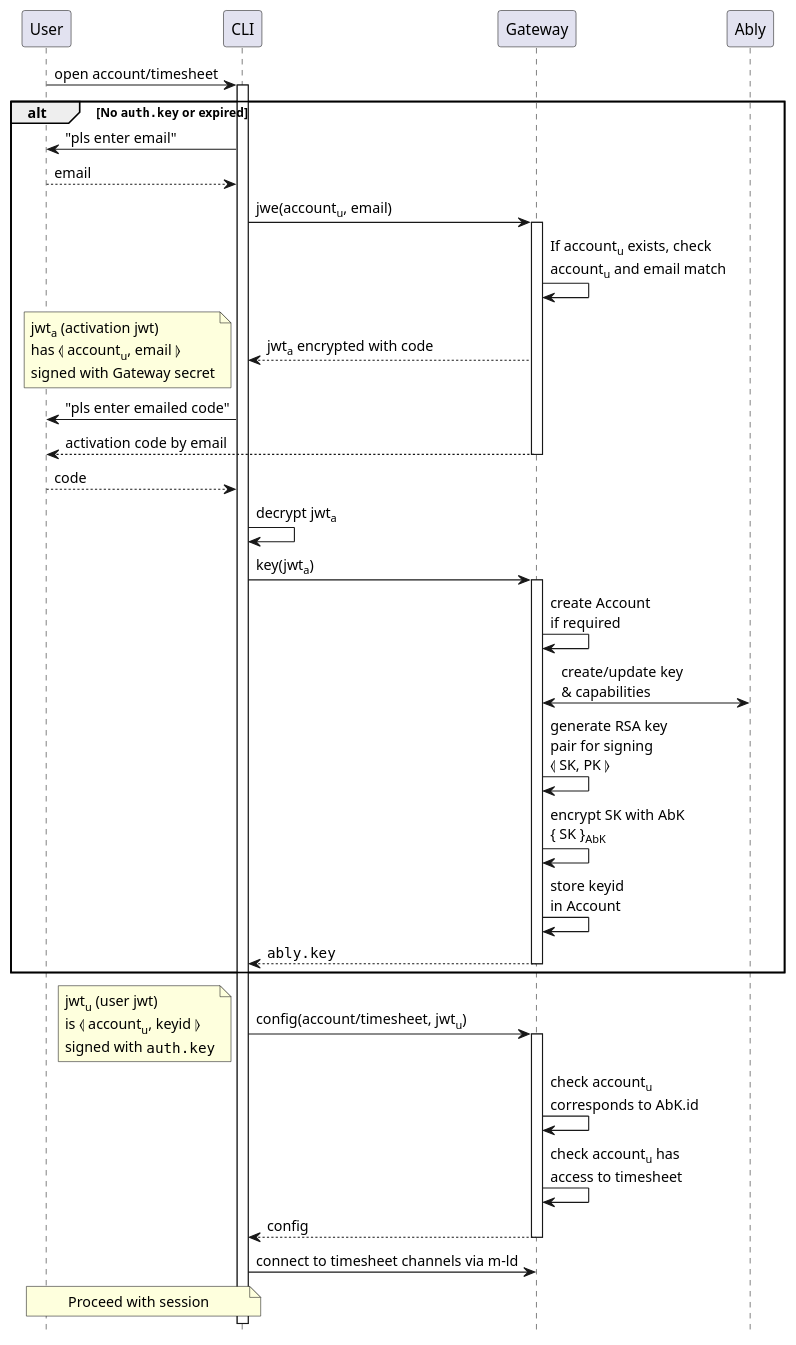
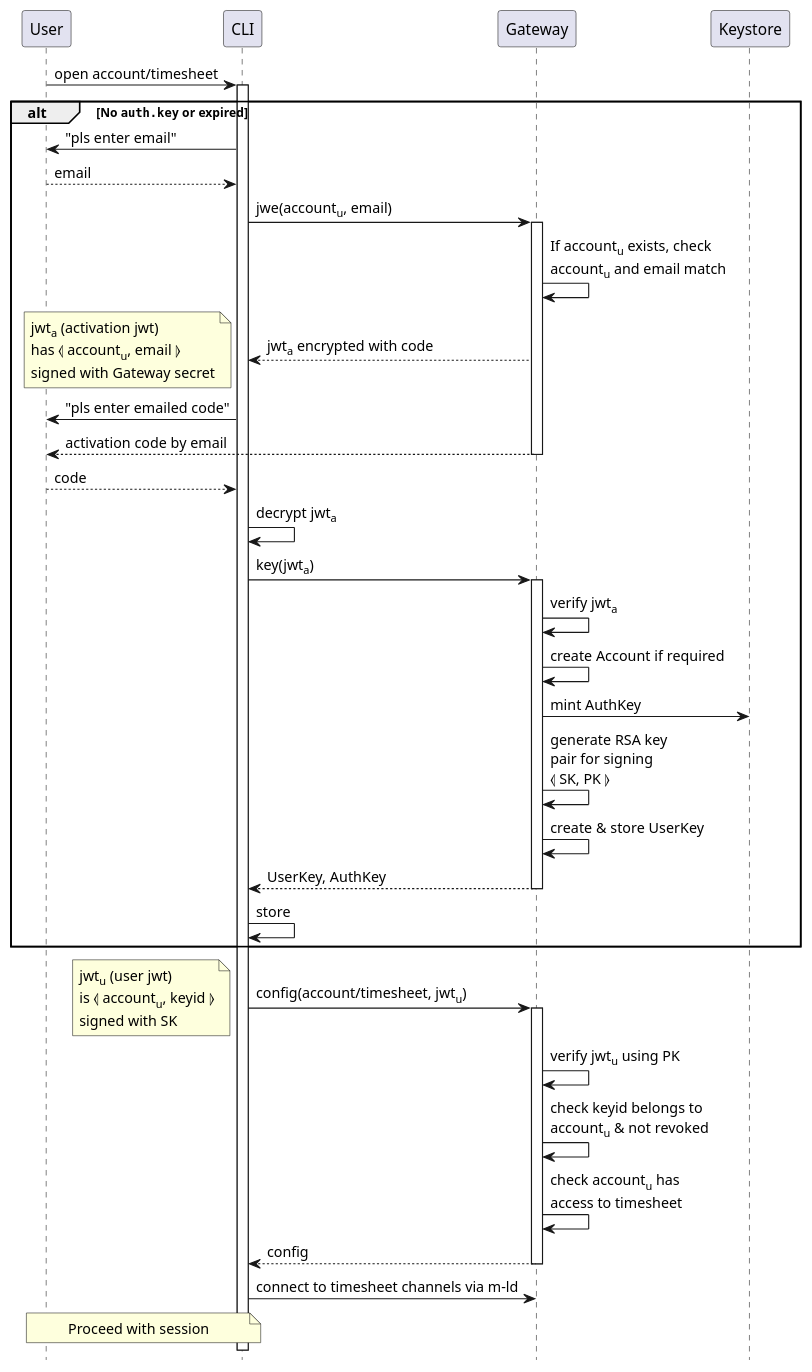
The diagram in architecture/security/register-cli.seq.puml (m-ld/timeld), drawn with PlantUML before and after one commit. The commit also changed 58 other files, not shown here.

```diff
--- a/architecture/security/register-cli.seq.puml
+++ b/architecture/security/register-cli.seq.puml
@@ -1,47 +1,50 @@
 @startuml
 'https://plantuml.com/sequence-diagram
 hide footbox
 
 User -> CLI ++: open account/timesheet
 alt No ""auth.key"" or expired
   CLI -> User: "pls enter email"
   User --> CLI: email
   CLI -> Gateway ++: jwe(account<sub>u</sub>, email)
   Gateway -> Gateway: If account<sub>u</sub> exists, check\naccount<sub>u</sub> and email match
   Gateway --> CLI: jwt<sub>a</sub> encrypted with code
   note left
     jwt<sub>a</sub> (activation jwt)
     has ⦉ account<sub>u</sub>, email ⦊
     signed with Gateway secret
   end note
   CLI -> User: "pls enter emailed code"
   Gateway --> User --: activation code by email
 
   User --> CLI: code
   ' TODO: brute force attack (look for a parseable JWT)
   CLI -> CLI: decrypt jwt<sub>a</sub>
   ' TODO: replay attack within JWT validity period
   CLI -> Gateway ++: key(jwt<sub>a</sub>)
 
-  Gateway -> Gateway: create Account\nif required
-  Gateway <-> Ably: create/update key\n& capabilities
+  Gateway -> Gateway: verify jwt<sub>a</sub>
+  Gateway -> Gateway: create Account if required
+  Gateway -> Keystore: mint AuthKey
   Gateway -> Gateway: generate RSA key\npair for signing\n⦉ SK, PK ⦊
-  Gateway -> Gateway: encrypt SK with AbK\n{ SK }<sub>AbK</sub>
-  Gateway -> Gateway: store keyid\nin Account
-  return ""ably.key""
+  Gateway -> Gateway: create & store UserKey
+  return UserKey, AuthKey
+
+  CLI -> CLI: store
 end
 
 CLI -> Gateway ++: config(account/timesheet, jwt<sub>u</sub>)
 note left
   jwt<sub>u</sub> (user jwt)
   is ⦉ account<sub>u</sub>, keyid ⦊
-  signed with ""auth.key""
+  signed with SK
 end note
-Gateway -> Gateway: check account<sub>u</sub>\ncorresponds to AbK.id
+Gateway -> Gateway: verify jwt<sub>u</sub> using PK
+Gateway -> Gateway: check keyid belongs to\naccount<sub>u</sub> & not revoked
 Gateway -> Gateway: check account<sub>u</sub> has\naccess to timesheet
 return config
 
 CLI -> Gateway: connect to timesheet channels via m-ld
 note over User, CLI: Proceed with session
 
 @enduml
```
